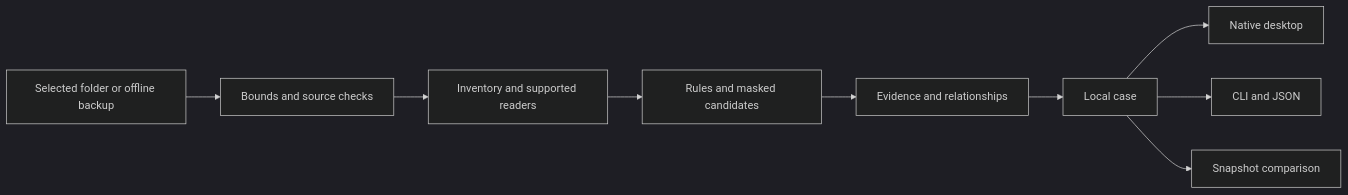
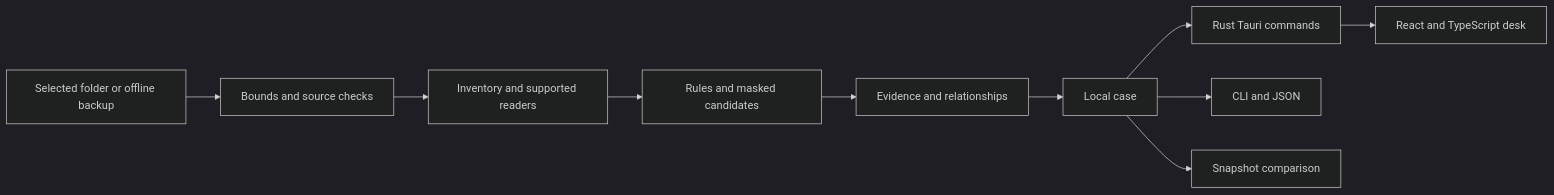
Before and after one commit to Forem0/ENGRAM: the diagram in README.md, drawn with Mermaid (dark theme). The commit also changed other lines of this file and 49 other files, not shown here.

First line of the commit message:
Migrate the desktop to Tauri 2 and React (#1)

````diff
--- a/README.md
+++ b/README.md
@@ -113,11 +114,12 @@
 ```mermaid
 flowchart LR
     S[Selected folder or offline backup] --> B[Bounds and source checks]
     B --> I[Inventory and supported readers]
     I --> R[Rules and masked candidates]
     R --> L[Evidence and relationships]
     L --> C[Local case]
-    C --> D[Native desktop]
+    C --> D[Rust Tauri commands]
+    D --> U[React and TypeScript desk]
     C --> T[CLI and JSON]
     C --> V[Snapshot comparison]
 ```
````
